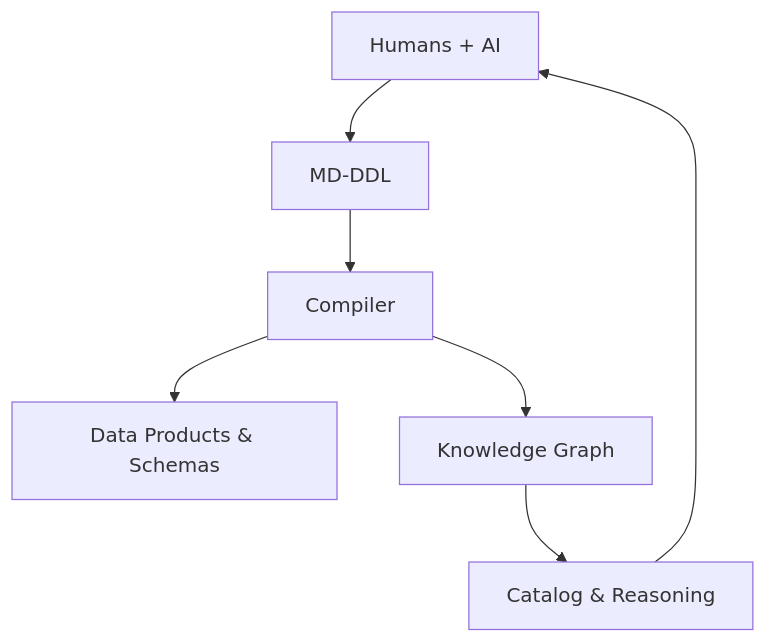
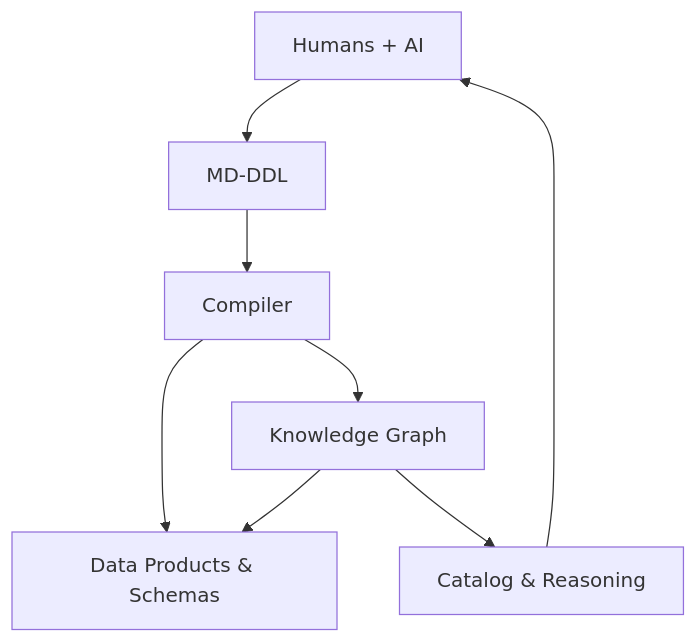
One commit to Semprini/md-ddl changed the diagram in README.md. Above: the diagram before and after it, drawn with Mermaid. The commit also changed other lines of this file and 9 other files, not shown here.

````diff
--- a/README.md
+++ b/README.md
@@ -17,10 +17,11 @@
 ```mermaid
 flowchart TD
 
     A[Humans + AI] --> B[MD-DDL]
     B --> C[Compiler]
     C --> E[Data Products & Schemas]
     C --> D[Knowledge Graph]
+    D --> E
     D --> F[Catalog & Reasoning]
     F --> A
 ```
````
